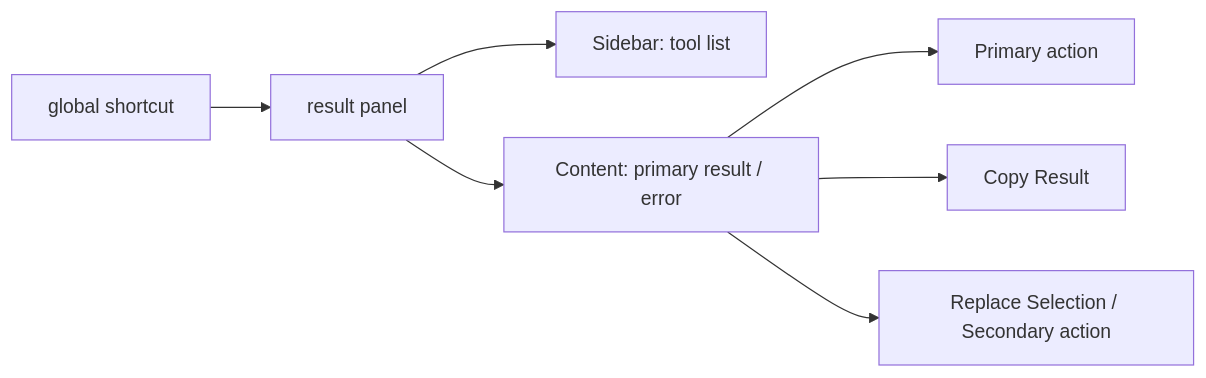
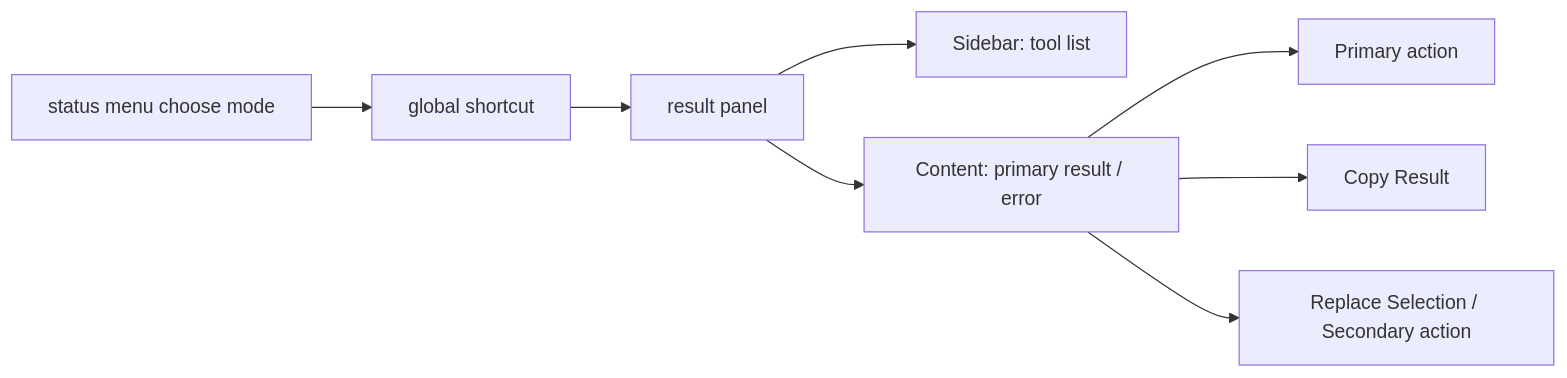
Before and after one commit to SaneHe/mac-tools: the second of 2 diagrams in docs/ui/mac-text-actions-ui.md, drawn with Mermaid. The commit also changed other lines of this file and 6 other files, not shown here.

Commit message:
docs: align status menu mode switch docs

````diff
--- a/docs/ui/mac-text-actions-ui.md
+++ b/docs/ui/mac-text-actions-ui.md
@@ -105,9 +113,10 @@
 ```mermaid
 flowchart LR
-    A["global shortcut"] --> B["result panel"]
-    B --> C["Sidebar: tool list"]
-    B --> D["Content: primary result / error"]
-    D --> E["Primary action"]
-    D --> F["Copy Result"]
-    D --> G["Replace Selection / Secondary action"]
+    A["status menu choose mode"] --> B["global shortcut"]
+    B --> C["result panel"]
+    C --> D["Sidebar: tool list"]
+    C --> E["Content: primary result / error"]
+    E --> F["Primary action"]
+    E --> G["Copy Result"]
+    E --> H["Replace Selection / Secondary action"]
 ```
````
